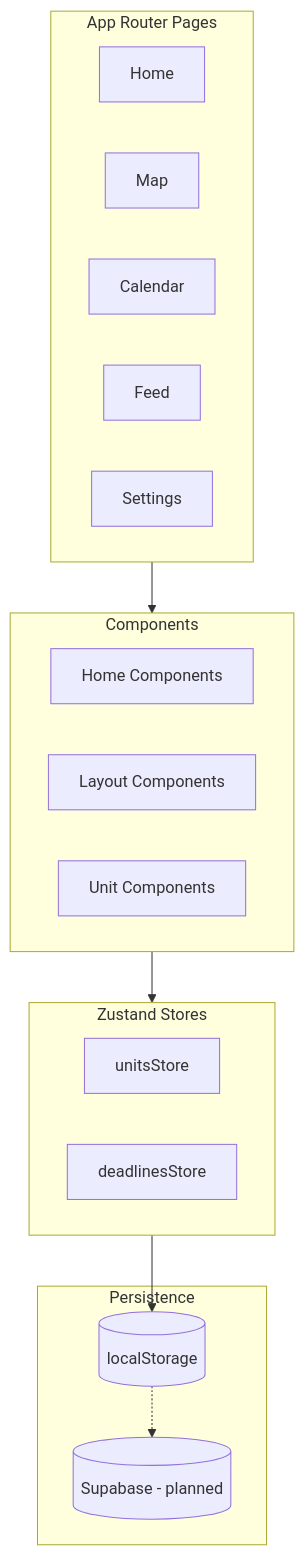
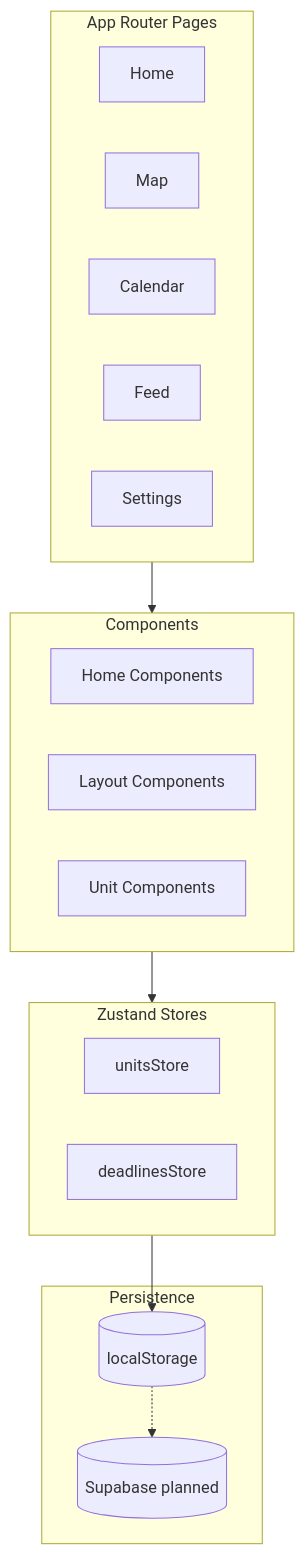
The diagram in docs/ARCHITECTURE.md (Raoof128/Syllabus-Sync), drawn with Mermaid before and after one commit. The commit also changed 3 other files, not shown here.

Commit message:
Raouf-mermiad diagram fixed

````diff
--- a/docs/ARCHITECTURE.md
+++ b/docs/ARCHITECTURE.md
@@ -9,31 +9,31 @@
 ```mermaid
 flowchart TB
   subgraph UI[App Router Pages]
     Home[Home]
     Map[Map]
     Calendar[Calendar]
     Feed[Feed]
     Settings[Settings]
   end
 
   subgraph Components[Components]
     HomeComponents[Home Components]
     LayoutComponents[Layout Components]
     UnitComponents[Unit Components]
   end
 
   subgraph Stores[Zustand Stores]
     UnitsStore[unitsStore]
     DeadlinesStore[deadlinesStore]
   end
 
   subgraph Persistence[Persistence]
     LocalStorage[(localStorage)]
-    Supabase[(Supabase - planned)]
+    Supabase[(Supabase planned)]
   end
 
   UI --> Components
   Components --> Stores
   Stores --> LocalStorage
   LocalStorage -.-> Supabase
 ```
````
